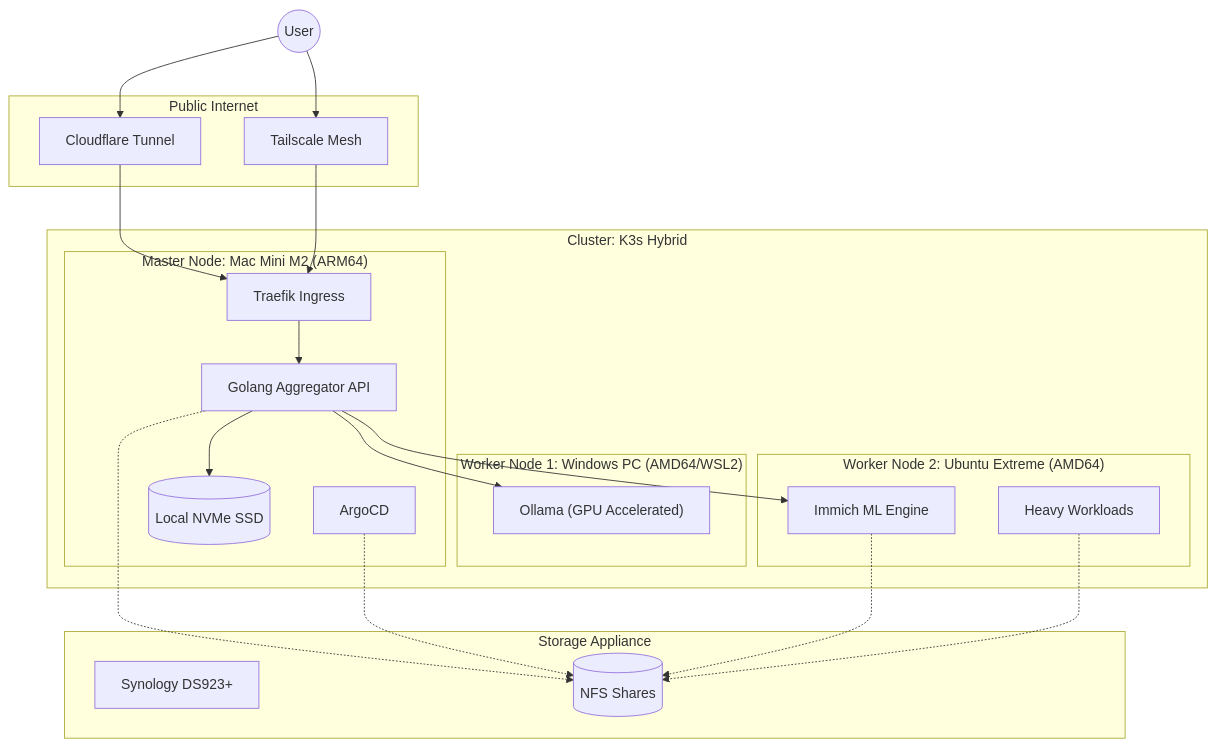
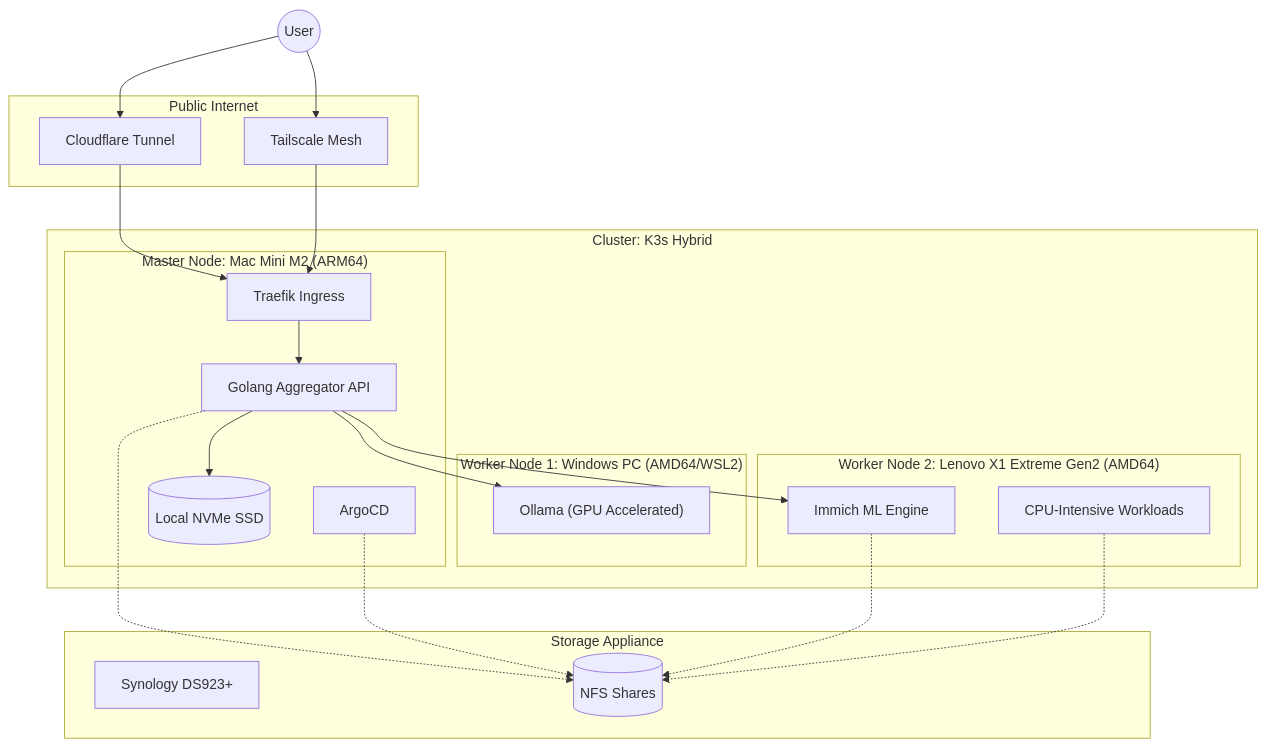
One commit to kanokgan/home-brain changed the first of 3 diagrams in README.md. Above: the diagram before and after it, drawn with Mermaid. The commit also changed other lines of this file and 1 other file, not shown here.

Commit message:
docs: update README and runbook to include Lenovo X1 Extreme Gen2 as compute worker and improve clarity

````diff
--- a/README.md
+++ b/README.md
@@ -21,38 +22,38 @@
 ```mermaid
 flowchart TB
  subgraph subGraph0["Public Internet"]
         CF["Cloudflare Tunnel"]
         TS["Tailscale Mesh"]
   end
  subgraph subGraph1["Master Node: Mac Mini M2 (ARM64)"]
         Ingress["Traefik Ingress"]
         GoApp["Golang Aggregator API"]
         Argocd["ArgoCD"]
         LocalSSD[("Local NVMe SSD")]
   end
  subgraph subGraph2["Worker Node 1: Windows PC (AMD64/WSL2)"]
         Ollama["Ollama (GPU Accelerated)"]
   end
- subgraph subGraph3["Worker Node 2: Ubuntu Extreme (AMD64)"]
+ subgraph subGraph3["Worker Node 2: Lenovo X1 Extreme Gen2 (AMD64)"]
         ImmichML["Immich ML Engine"]
-        Workloads["Heavy Workloads"]
+        Workloads["CPU-Intensive Workloads"]
   end
  subgraph subGraph4["Cluster: K3s Hybrid"]
         subGraph1
         subGraph2
         subGraph3
   end
  subgraph subGraph5["Storage Appliance"]
         Synology["Synology DS923+"]
         NFS[("NFS Shares")]
   end
     User(("User")) --> CF & TS
     CF --> Ingress
     TS --> Ingress
     Ingress --> GoApp
     GoApp --> Ollama & ImmichML & LocalSSD
     GoApp -.-> NFS
     Argocd -.-> NFS
     ImmichML -.-> NFS
     Workloads -.-> NFS
 ```
````
